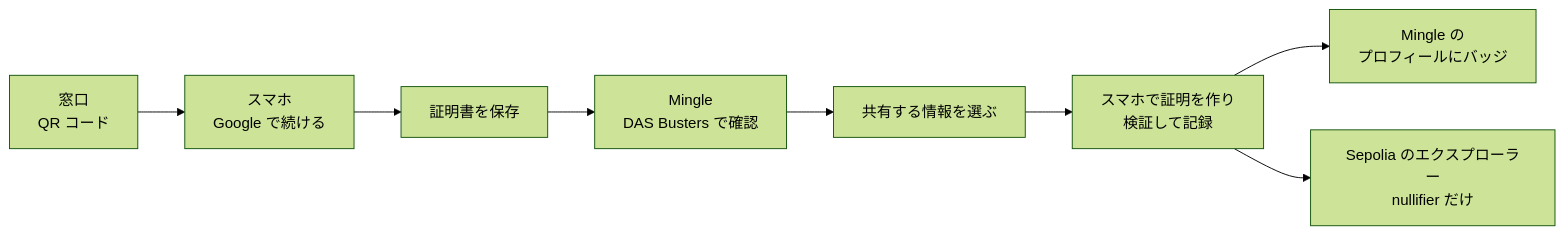
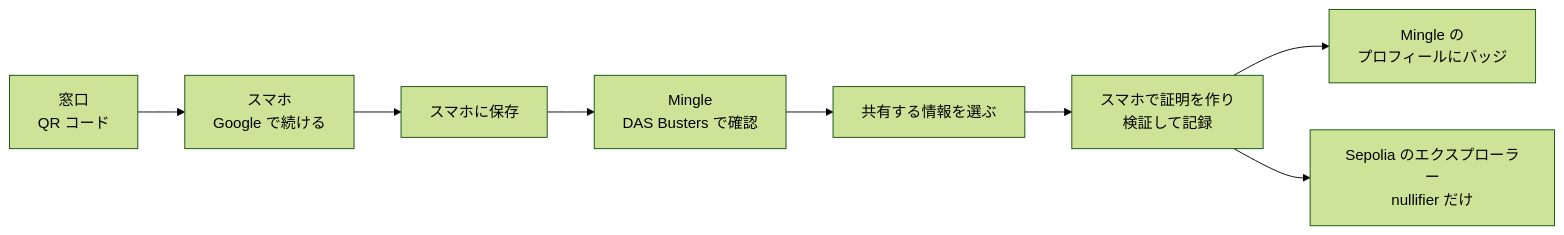
The diagram in docs/demo.ja.md (CobaltSato/das-busters), drawn with Mermaid (forest theme) before and after one commit. The commit also changed other lines of this file and 2 other files, not shown here.

````diff
--- a/docs/demo.ja.md
+++ b/docs/demo.ja.md
@@ -7,10 +7,10 @@
 ```mermaid
 flowchart LR
   A["窓口<br/>QR コード"] --> B["スマホ<br/>Google で続ける"]
-  B --> C["証明書を保存"]
+  B --> C["スマホに保存"]
   C --> D["Mingle<br/>DAS Busters で確認"]
   D --> E["共有する情報を選ぶ"]
   E --> F["スマホで証明を作り<br/>検証して記録"]
   F --> G["Mingle の<br/>プロフィールにバッジ"]
   F --> H["Sepolia のエクスプローラー<br/>nullifier だけ"]
 ```
````
